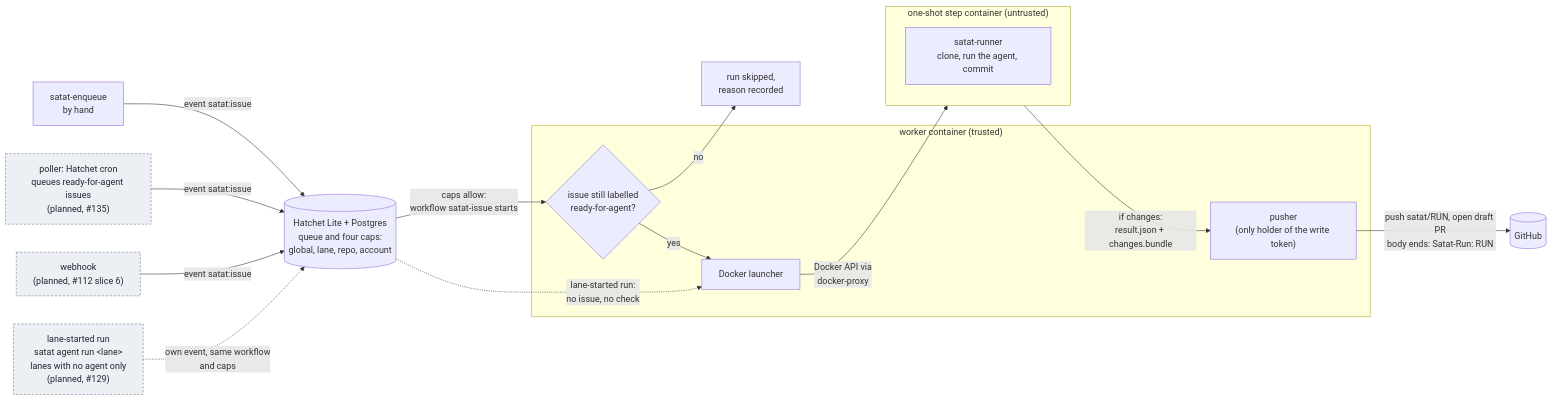
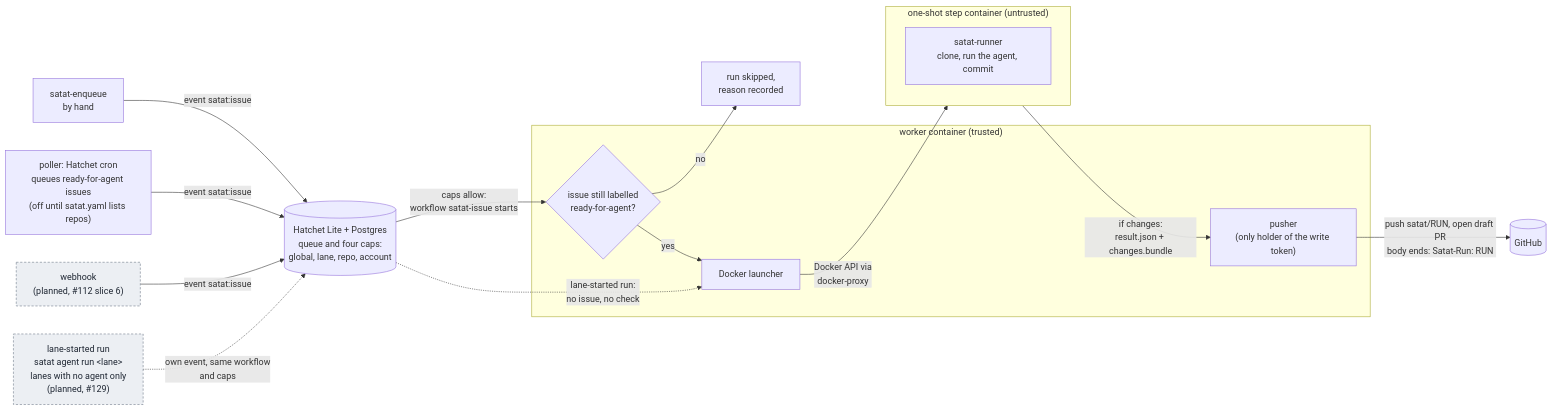
The diagram in docs/design.md (javatarz/satat), drawn with Mermaid before and after one commit. The commit also changed other lines of this file and 10 other files, not shown here.

First line of the commit message:
Add poller that queues ready-for-agent issues #135

````diff
--- a/docs/design.md
+++ b/docs/design.md
@@ -26,36 +26,36 @@
 ```mermaid
 flowchart LR
   enq["satat-enqueue<br/>by hand"]
-  poll["poller: Hatchet cron<br/>queues ready-for-agent issues<br/>(planned, #135)"]
+  poll["poller: Hatchet cron<br/>queues ready-for-agent issues<br/>(off until satat.yaml lists repos)"]
   hook["webhook<br/>(planned, #112 slice 6)"]
   lanerun["lane-started run<br/>satat agent run &lt;lane&gt;<br/>lanes with no agent only<br/>(planned, #129)"]
 
   queue[("Hatchet Lite + Postgres<br/>queue and four caps:<br/>global, lane, repo, account")]
 
   enq -- "event satat:issue" --> queue
   poll -- "event satat:issue" --> queue
   hook -- "event satat:issue" --> queue
   lanerun -. "own event, same workflow<br/>and caps" .-> queue
 
   subgraph worker["worker container (trusted)"]
     ready{"issue still labelled<br/>ready-for-agent?"}
     launch["Docker launcher"]
     push["pusher<br/>(only holder of the write token)"]
   end
 
   queue -- "caps allow:<br/>workflow satat-issue starts" --> ready
   ready -- "no" --> skip["run skipped,<br/>reason recorded"]
   ready -- "yes" --> launch
   queue -. "lane-started run:<br/>no issue, no check" .-> launch
   launch -- "Docker API via<br/>docker-proxy" --> step
 
   subgraph step["one-shot step container (untrusted)"]
     runner["satat-runner<br/>clone, run the agent, commit"]
   end
 
   step -- "if changes:<br/>result.json + changes.bundle" --> push
   push -- "push satat/RUN, open draft PR<br/>body ends: Satat-Run: RUN" --> gh[(GitHub)]
 
   classDef planned fill:#eceff3,stroke:#6b7685,color:#1f2733,stroke-dasharray:4 3
-  class poll,hook,lanerun planned
+  class hook,lanerun planned
 ```
````
